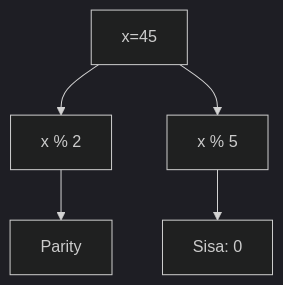
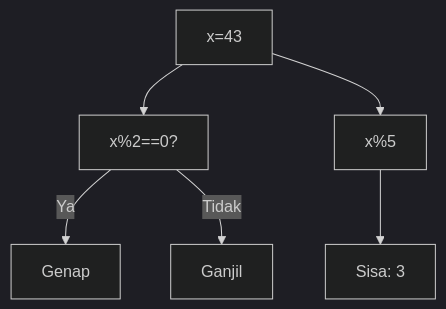
Before and after one commit to amnahwaida/OSNK_INF_PREP: the seventh of 25 diagrams in part-c-pemahaman-cpp/02-percabangan/latihan/set-10.md, drawn with Mermaid (dark theme). The commit also changed other lines of this file and 71 other files, not shown here.

Commit message:
Fixed Mermaid syntax lexical errors with quoted labels in 1,800 questions

````diff
--- a/part-c-pemahaman-cpp/02-percabangan/latihan/set-10.md
+++ b/part-c-pemahaman-cpp/02-percabangan/latihan/set-10.md
@@ -172,7 +203,8 @@
 ```mermaid
 graph TD
-A[x=45] --> B[x % 2]
-B --> C[Parity]
-A --> D[x % 5]
-D --> E[Sisa: 0]
+A["x=43"] --> B["x%2==0?"]
+B -- Ya --> C["Genap"]
+B -- Tidak --> D["Ganjil"]
+A --> E["x%5"]
+E --> F["Sisa: 3"]
 ```
````
